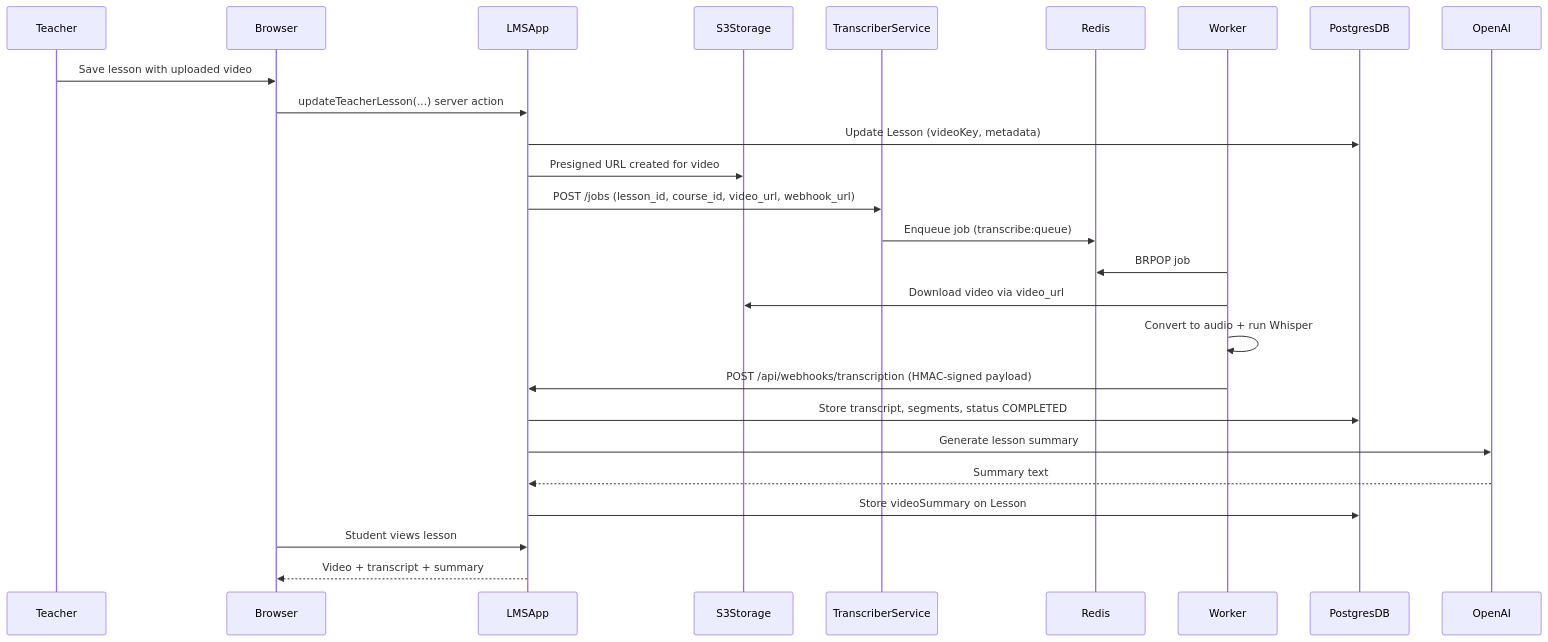
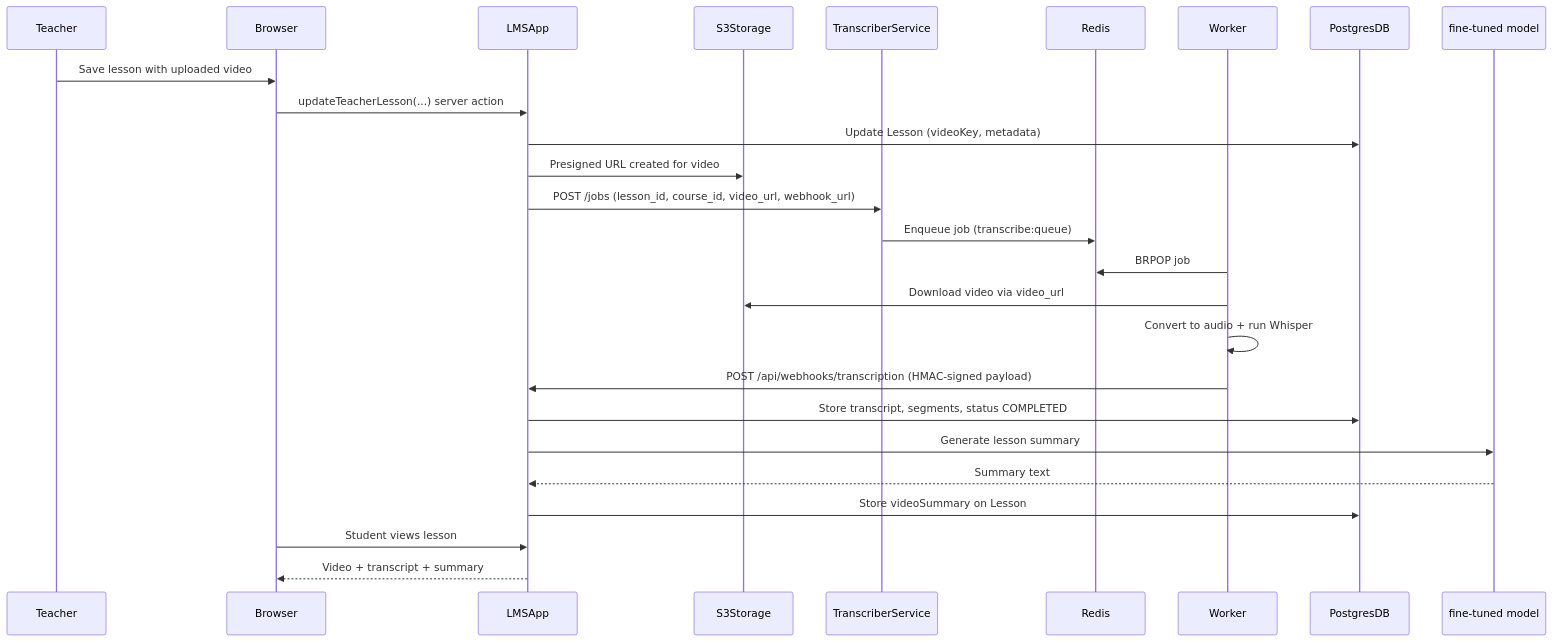
Before and after one commit to faizanmuhammad1/edris-lms-fyp: the fifth of 6 diagrams in docs/FYP_SYSTEM_DESIGN.md, drawn with Mermaid. The commit also changed other lines of this file and 4 other files, not shown here.

````diff
--- a/docs/FYP_SYSTEM_DESIGN.md
+++ b/docs/FYP_SYSTEM_DESIGN.md
@@ -279,29 +283,29 @@
 ```mermaid
 sequenceDiagram
   participant Teacher
   participant Browser
   participant LMSApp
   participant S3Storage
   participant TranscriberService
   participant Redis
   participant Worker
   participant PostgresDB
-  participant OpenAI
+  participant fine-tuned model
 
   Teacher->>Browser: Save lesson with uploaded video
   Browser->>LMSApp: updateTeacherLesson(...) server action
   LMSApp->>PostgresDB: Update Lesson (videoKey, metadata)
   LMSApp->>S3Storage: Presigned URL created for video
   LMSApp->>TranscriberService: POST /jobs (lesson_id, course_id, video_url, webhook_url)
   TranscriberService->>Redis: Enqueue job (transcribe:queue)
   Worker->>Redis: BRPOP job
   Worker->>S3Storage: Download video via video_url
   Worker->>Worker: Convert to audio + run Whisper
   Worker->>LMSApp: POST /api/webhooks/transcription (HMAC‑signed payload)
   LMSApp->>PostgresDB: Store transcript, segments, status COMPLETED
-  LMSApp->>OpenAI: Generate lesson summary
-  OpenAI-->>LMSApp: Summary text
+  LMSApp->>fine-tuned model: Generate lesson summary
+  fine-tuned model-->>LMSApp: Summary text
   LMSApp->>PostgresDB: Store videoSummary on Lesson
   Browser->>LMSApp: Student views lesson
   LMSApp-->>Browser: Video + transcript + summary
 ```
````
